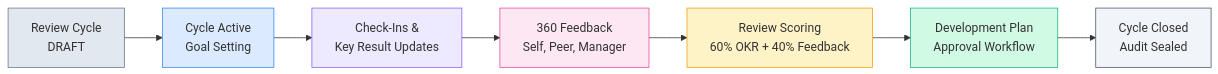
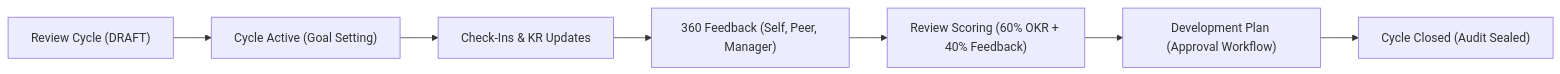
One commit to AjayLohith/PerformIQ changed the diagram in README.md. Above: the diagram before and after it, drawn with Mermaid. The commit also changed other lines of this file, not shown here.

````diff
--- a/README.md
+++ b/README.md
@@ -28,17 +28,9 @@
 ```mermaid
 flowchart LR
-    A[Review Cycle<br/>DRAFT] --> B[Cycle Active<br/>Goal Setting]
-    B --> C[Check-Ins &<br/>Key Result Updates]
-    C --> D[360 Feedback<br/>Self, Peer, Manager]
-    D --> E[Review Scoring<br/>60% OKR + 40% Feedback]
-    E --> F[Development Plan<br/>Approval Workflow]
-    F --> G[Cycle Closed<br/>Audit Sealed]
-    
-    style A fill:#e2e8f0,stroke:#64748b,stroke-width:1px
-    style B fill:#dbeafe,stroke:#3b82f6,stroke-width:1px
-    style C fill:#ede9fe,stroke:#8b5cf6,stroke-width:1px
-    style D fill:#fce7f3,stroke:#ec4899,stroke-width:1px
-    style E fill:#fef3c7,stroke:#f59e0b,stroke-width:1px
-    style F fill:#d1fae5,stroke:#10b981,stroke-width:1px
-    style G fill:#f1f5f9,stroke:#475569,stroke-width:1px
+    A["Review Cycle (DRAFT)"] --> B["Cycle Active (Goal Setting)"]
+    B --> C["Check-Ins & KR Updates"]
+    C --> D["360 Feedback (Self, Peer, Manager)"]
+    D --> E["Review Scoring (60% OKR + 40% Feedback)"]
+    E --> F["Development Plan (Approval Workflow)"]
+    F --> G["Cycle Closed (Audit Sealed)"]
 ```
````
